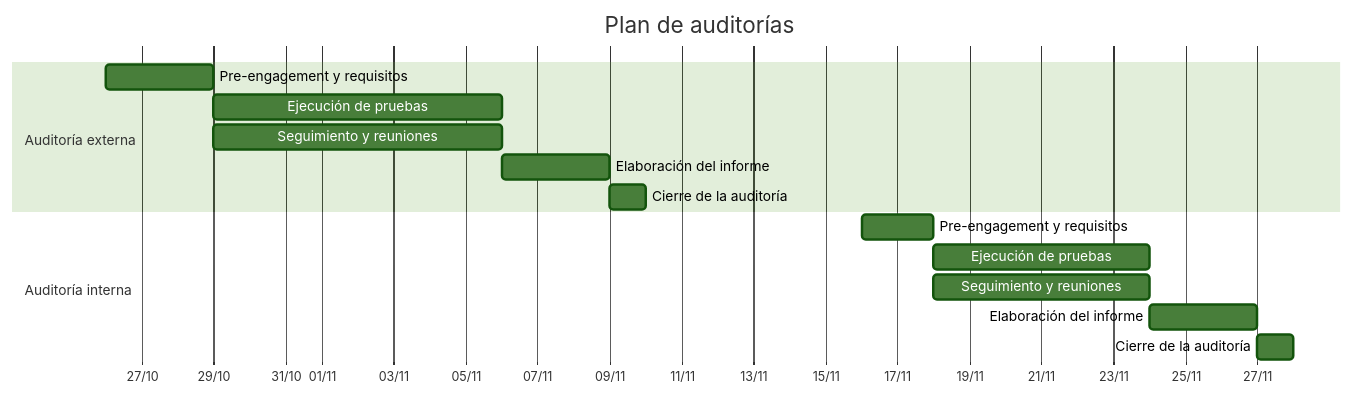
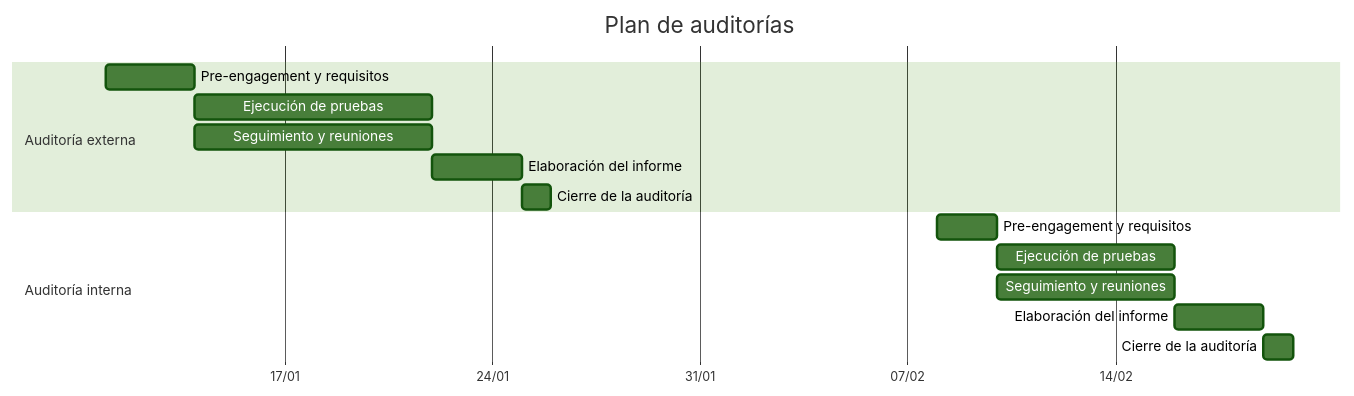
Before and after one commit to ciberchh3f/UT1.01_Auditoria_de_Hacking_Etico: the diagram in README.md, drawn with Mermaid (forest theme). The commit also changed other lines of this file, not shown here.

````diff
--- a/README.md
+++ b/README.md
@@ -138,20 +138,20 @@
 ```mermaid
 gantt
     title Plan de auditorías
     dateFormat YYYY-MM-DD
     axisFormat %d/%m
 
     section Auditoría externa
-    Pre-engagement y requisitos :a1, 2026-10-26, 3d
+    Pre-engagement y requisitos :a1, 2027-01-11, 3d
     Ejecución de pruebas :a2, after a1, 8d
-    Seguimiento y reuniones :a3, 2026-10-29, 8d
+    Seguimiento y reuniones :a3, 2027-01-14, 8d
     Elaboración del informe :a4, after a2, 3d
     Cierre de la auditoría :a5, after a4, 1d
 
     section Auditoría interna
-    Pre-engagement y requisitos :b1, 2026-11-16, 2d
+    Pre-engagement y requisitos :b1, 2027-02-08, 2d
     Ejecución de pruebas :b2, after b1, 6d
-    Seguimiento y reuniones :b3, 2026-11-18, 6d
+    Seguimiento y reuniones :b3, 2027-02-10, 6d
     Elaboración del informe :b4, after b2, 3d
     Cierre de la auditoría :b5, after b4, 1d
 ```
````
